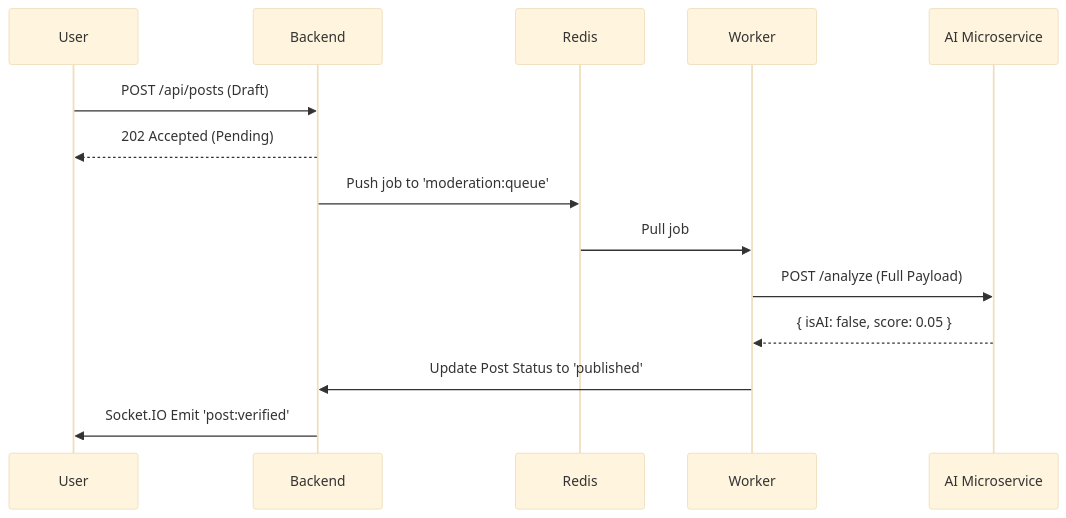
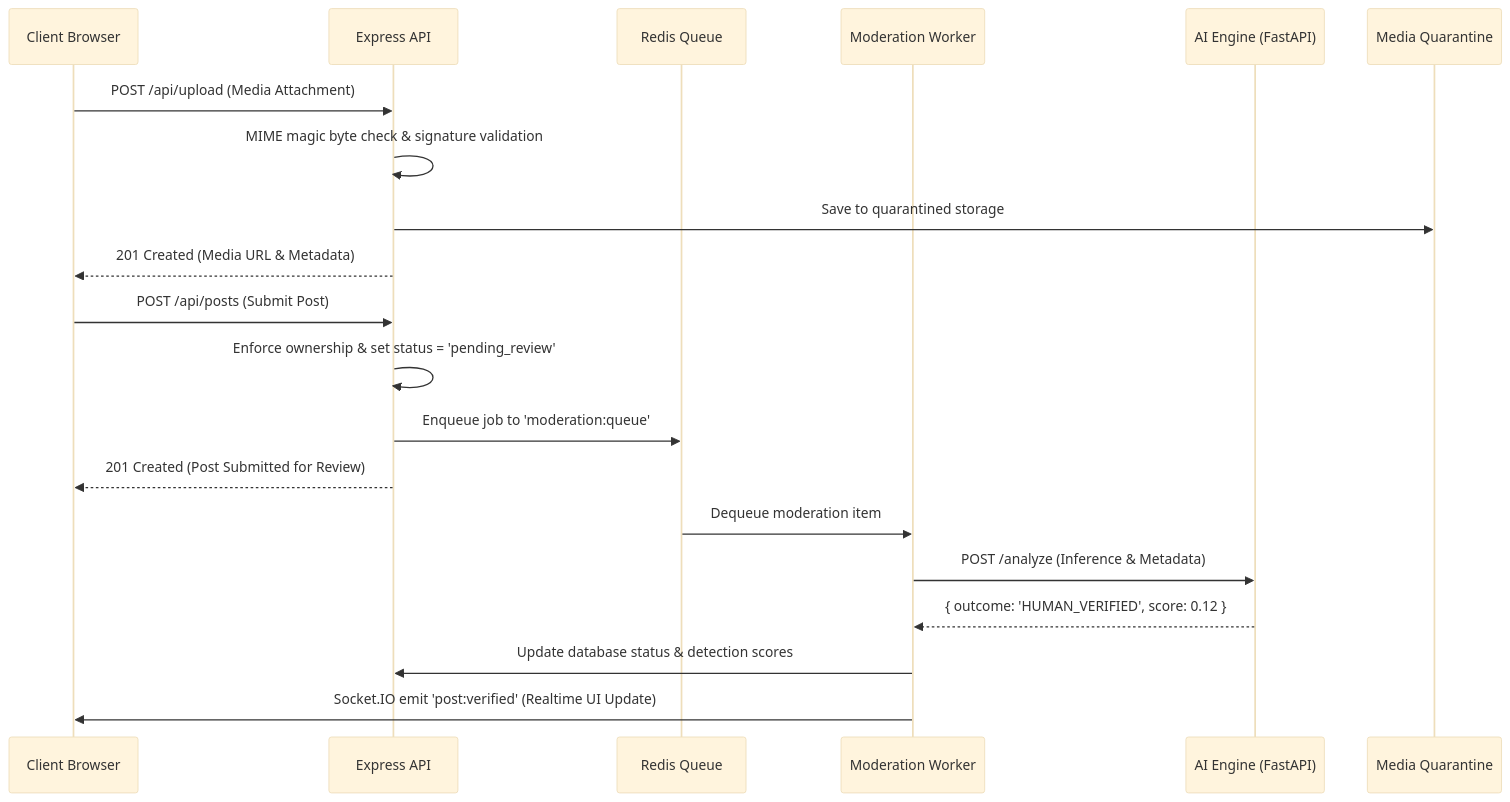
The diagram in ARCHITECTURE.md (inderash18/HumanHub), drawn with Mermaid (base theme) before and after one commit. The commit also changed other lines of this file and 90 other files, not shown here.

````diff
--- a/ARCHITECTURE.md
+++ b/ARCHITECTURE.md
@@ -18,17 +23,25 @@
 ```mermaid
 sequenceDiagram
-    participant U as User
-    participant B as Backend
-    participant R as Redis
-    participant W as Worker
-    participant AI as AI Microservice
+    participant User as Client Browser
+    participant API as Express API
+    participant Redis as Redis Queue
+    participant Worker as Moderation Worker
+    participant AI as AI Engine (FastAPI)
+    participant Storage as Media Quarantine
+
+    User->>API: POST /api/upload (Media Attachment)
+    API->>API: MIME magic byte check & signature validation
+    API->>Storage: Save to quarantined storage
+    API-->>User: 201 Created (Media URL & Metadata)
     
-    U->>B: POST /api/posts (Draft)
-    B-->>U: 202 Accepted (Pending)
-    B->>R: Push job to 'moderation:queue'
-    R->>W: Pull job
-    W->>AI: POST /analyze (Full Payload)
-    AI-->>W: { isAI: false, score: 0.05 }
-    W->>B: Update Post Status to 'published'
-    B->>U: Socket.IO Emit 'post:verified'
+    User->>API: POST /api/posts (Submit Post)
+    API->>API: Enforce ownership & set status = 'pending_review'
+    API->>Redis: Enqueue job to 'moderation:queue'
+    API-->>User: 201 Created (Post Submitted for Review)
+
+    Redis->>Worker: Dequeue moderation item
+    Worker->>AI: POST /analyze (Inference & Metadata)
+    AI-->>Worker: { outcome: 'HUMAN_VERIFIED', score: 0.12 }
+    Worker->>API: Update database status & detection scores
+    Worker->>User: Socket.IO emit 'post:verified' (Realtime UI Update)
 ```
````
